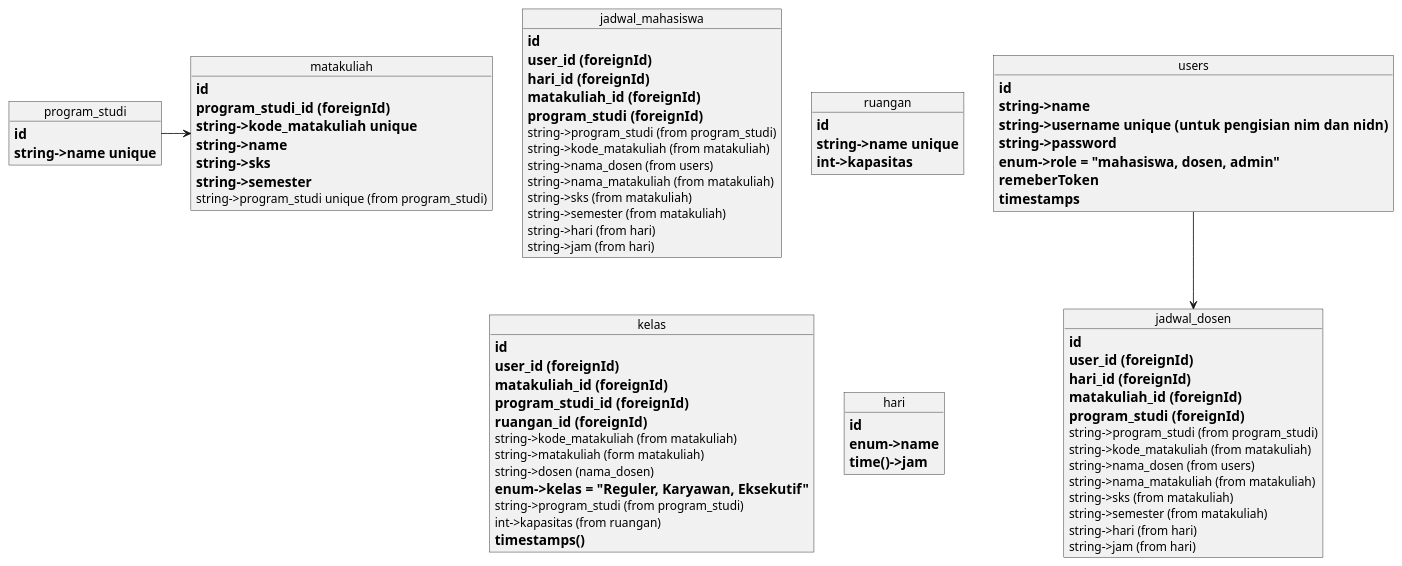
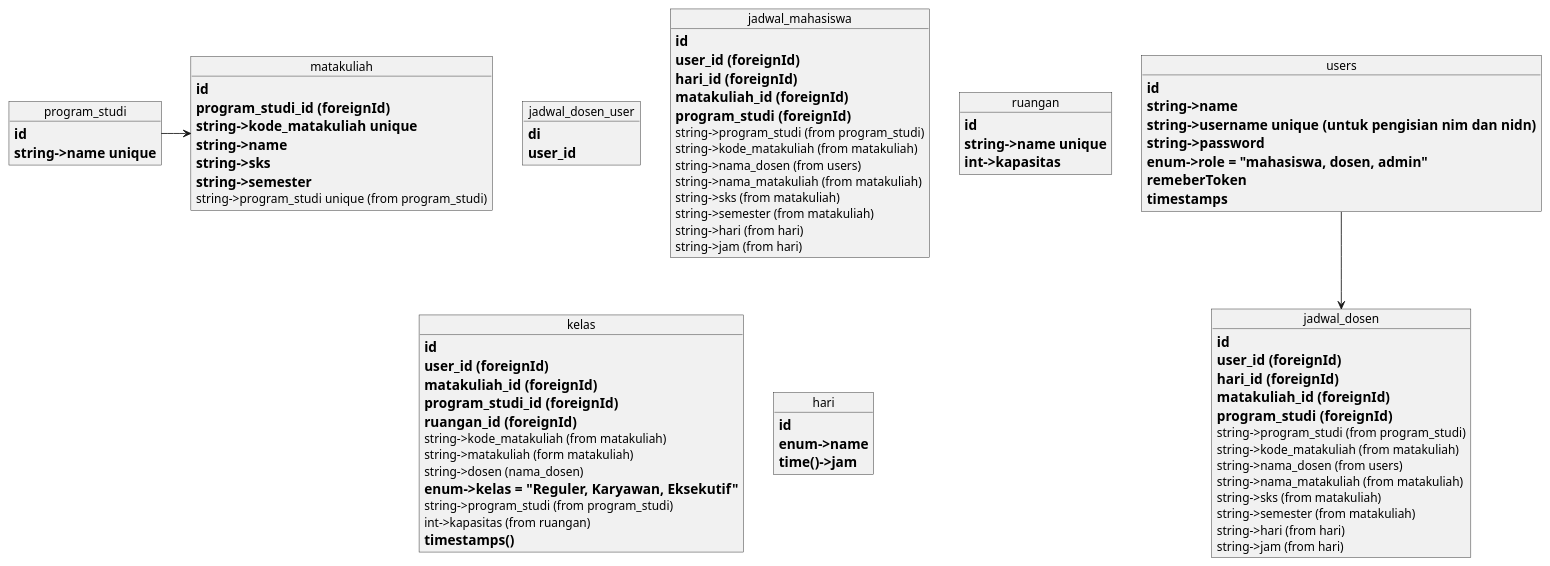
One commit to fanfanfw/ta-p4 changed the diagram in skema.puml. Above: the diagram before and after it, drawn with PlantUML. The commit also changed 26 other files, not shown here.

```diff
--- a/skema.puml
+++ b/skema.puml
@@ -1,92 +1,99 @@
 @startuml
 object users{
 ==  id
 == string->name
 == string->username unique (untuk pengisian nim dan nidn)
 ==    string->password
 ==    enum->role = "mahasiswa, dosen, admin"
 ==    remeberToken
 ==    timestamps
 }
 
 
 object matakuliah{
 ==id
 ==program_studi_id (foreignId)
 ==string->kode_matakuliah unique
 ==string->name
 ==string->sks
 ==string->semester
 string->program_studi unique (from program_studi)
 }
 
 object program_studi{
 ==id
 ==string->name unique
+}
+
+object jadwal_dosen_user{
+==di
+==user_id
+
 }
 
 object jadwal_dosen{
 == id
 == user_id (foreignId)
 == hari_id (foreignId)
 == matakuliah_id (foreignId)
 == program_studi (foreignId)
     string->program_studi (from program_studi)
     string->kode_matakuliah (from matakuliah)
     string->nama_dosen (from users)
     string->nama_matakuliah (from matakuliah)
     string->sks (from matakuliah)
     string->semester (from matakuliah)
     string->hari (from hari)
     string->jam (from hari)
 }
 
 object jadwal_mahasiswa{
 ==id
 == user_id (foreignId)
 == hari_id (foreignId)
 == matakuliah_id (foreignId)
 == program_studi (foreignId)
     string->program_studi (from program_studi)
     string->kode_matakuliah (from matakuliah)
     string->nama_dosen (from users)
     string->nama_matakuliah (from matakuliah)
     string->sks (from matakuliah)
     string->semester (from matakuliah)
     string->hari (from hari)
     string->jam (from hari)
 
 }
 
 object ruangan{
 ==    id
 ==    string->name unique
 ==    int->kapasitas
 }
 
 object kelas{
 == id
 ==user_id (foreignId)
 ==matakuliah_id (foreignId)
 ==program_studi_id (foreignId)
 ==ruangan_id (foreignId)
 string->kode_matakuliah (from matakuliah)
 string->matakuliah (form matakuliah)
 string->dosen (nama_dosen)
 == enum->kelas = "Reguler, Karyawan, Eksekutif"
 string->program_studi (from program_studi)
 int->kapasitas (from ruangan)
 == timestamps()
 }
 
 
 
 object hari{
 ==id
 ==enum->name
 ==time()->jam
 }
 
 users-->jadwal_dosen
 program_studi->matakuliah
+
 @enduml
```
